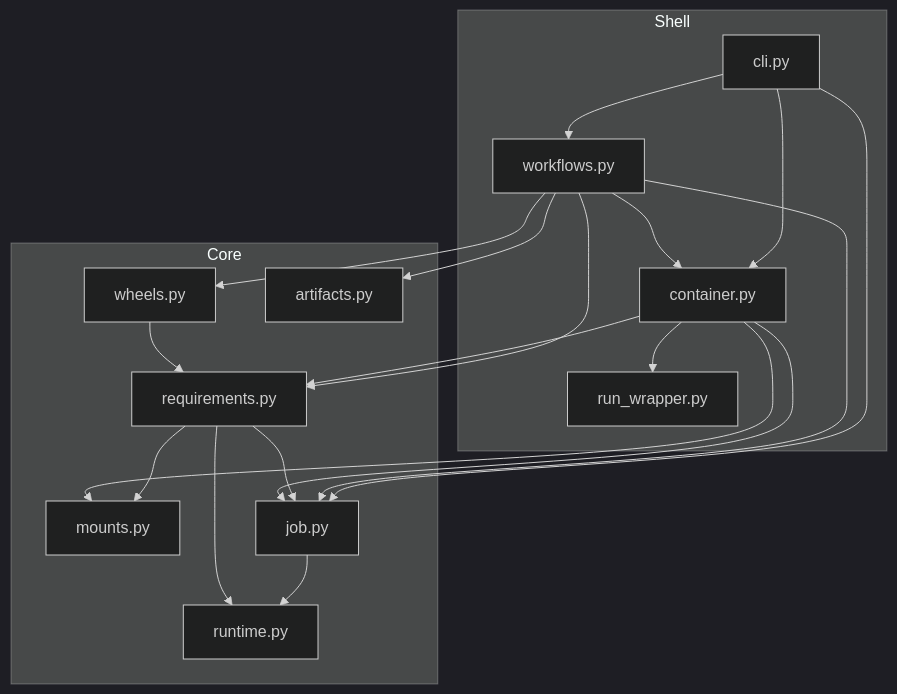
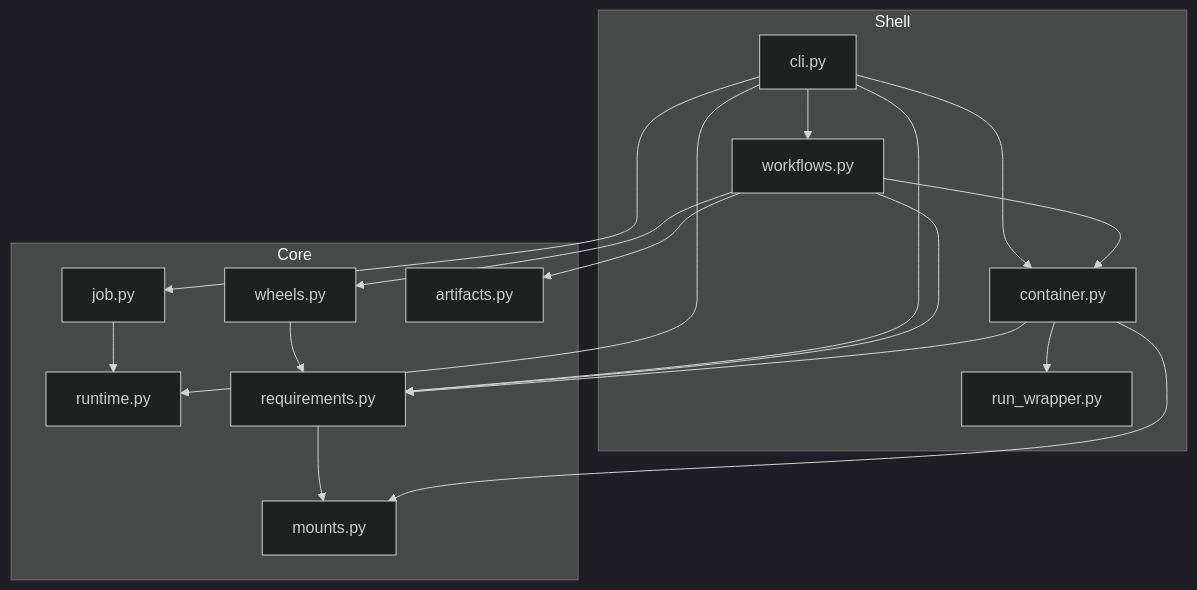
The diagram in docs/architecture.md (awesome-glue/aws-glue-toolkit), drawn with Mermaid (dark theme) before and after one commit. The commit also changed other lines of this file and 4 other files, not shown here.

Commit message:
docs: align README, docstrings, and architecture with code

````diff
--- a/docs/architecture.md
+++ b/docs/architecture.md
@@ -38,36 +38,34 @@
 ```mermaid
 flowchart TB
   subgraph core [Core]
     mounts[mounts.py]
     runtime[runtime.py]
     job[job.py]
     requirements[requirements.py]
     wheels[wheels.py]
     artifacts[artifacts.py]
   end
 
   subgraph shell [Shell]
     container[container.py]
     runWrapper[run_wrapper.py]
     workflows[workflows.py]
     cli[cli.py]
   end
 
   cli --> workflows
   cli --> container
   cli --> job
-  workflows --> job
+  cli --> requirements
+  cli --> runtime
   workflows --> requirements
   workflows --> wheels
   workflows --> artifacts
   workflows --> container
   job --> runtime
-  requirements --> job
-  requirements --> runtime
   requirements --> mounts
   wheels --> requirements
   container --> mounts
   container --> requirements
-  container --> job
   container --> runWrapper
 ```
````
